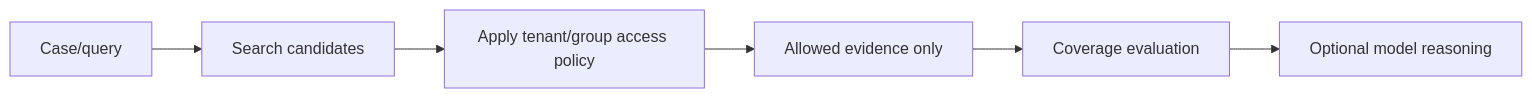
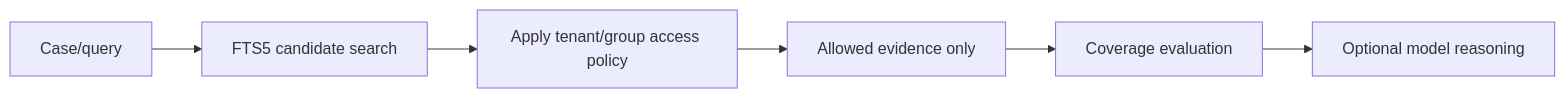
Before and after one commit to kumarchandansingh/tropos: the fifth of 8 diagrams in docs/architecture/RAG_ARCHITECTURE.md, drawn with Mermaid. The commit also changed other lines of this file and 11 other files, not shown here.

````diff
--- a/docs/architecture/RAG_ARCHITECTURE.md
+++ b/docs/architecture/RAG_ARCHITECTURE.md
@@ -110,9 +126,9 @@
 ```mermaid
 flowchart LR
     Query[Case/query]
-    --> Candidate[Search candidates]
+    --> Search[FTS5 candidate search]
     --> Policy[Apply tenant/group access policy]
     --> Evidence[Allowed evidence only]
     --> Coverage[Coverage evaluation]
     --> Model[Optional model reasoning]
 ```
````
